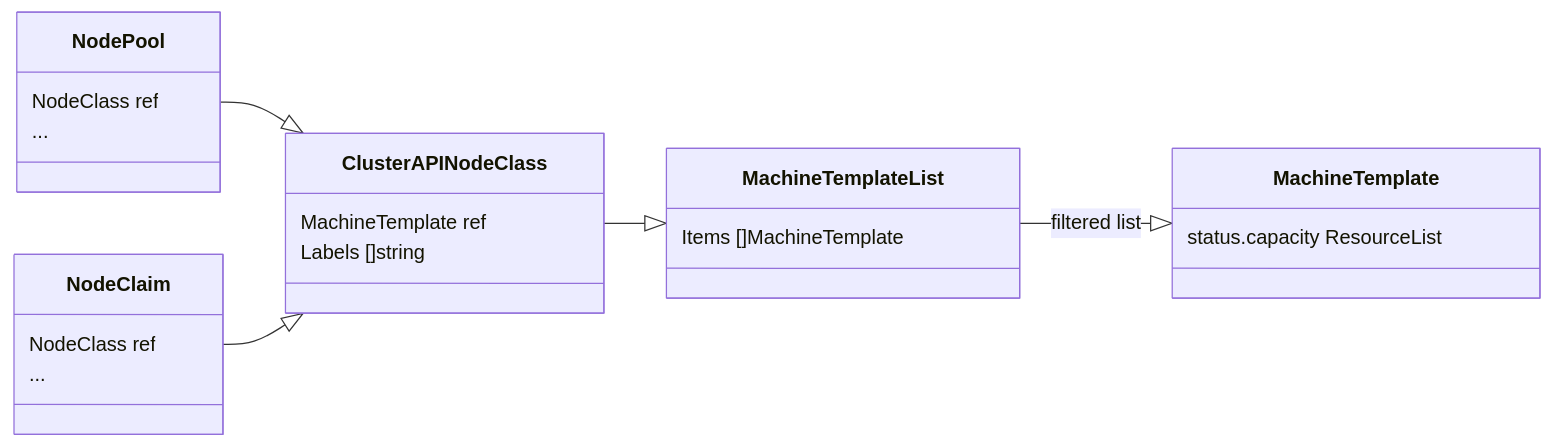
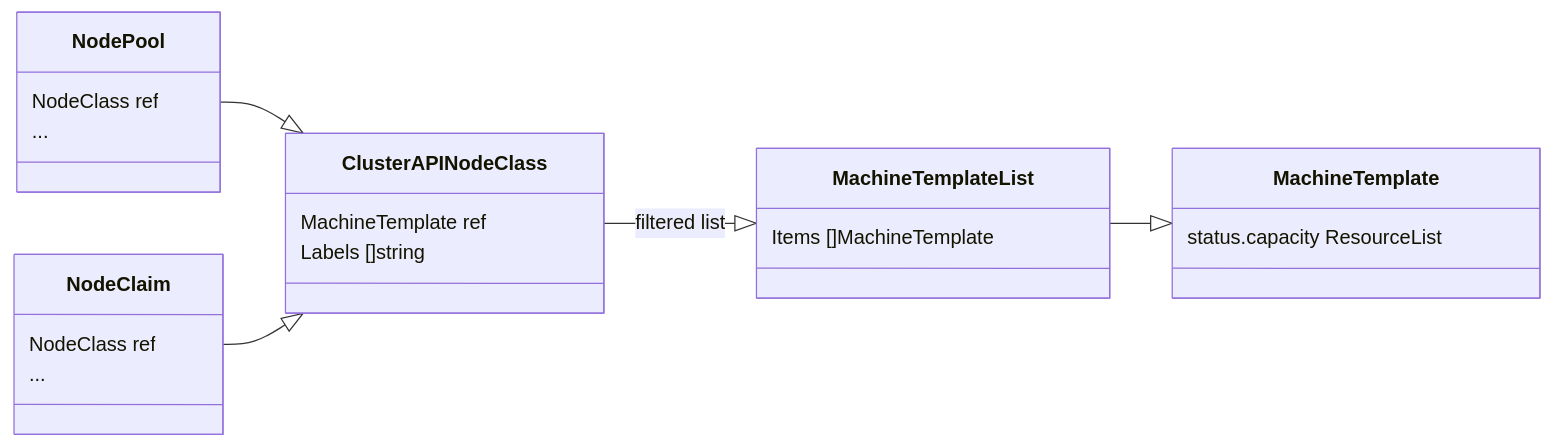
Before and after one commit to kubernetes-sigs/karpenter-provider-cluster-api: the first of 2 diagrams in docs/docs/design.md, drawn with Mermaid.

Commit message:
update class diagram

````diff
--- a/docs/docs/design.md
+++ b/docs/docs/design.md
@@ -6,16 +6,16 @@
 ```mermaid
 classDiagram
     direction LR
     NodePool : NodeClass ref
     NodePool : ...
     ClusterAPINodeClass : MachineTemplate ref
     ClusterAPINodeClass : Labels []string
     NodePool --|> ClusterAPINodeClass
     NodeClaim : NodeClass ref
     NodeClaim --|> ClusterAPINodeClass
     NodeClaim : ...
     MachineTemplate : status.capacity ResourceList
     MachineTemplateList : Items []MachineTemplate
-    ClusterAPINodeClass --|> MachineTemplateList
-    MachineTemplateList --|> MachineTemplate : filtered list
+    ClusterAPINodeClass --|> MachineTemplateList : filtered list
+    MachineTemplateList --|> MachineTemplate
 ```
````
